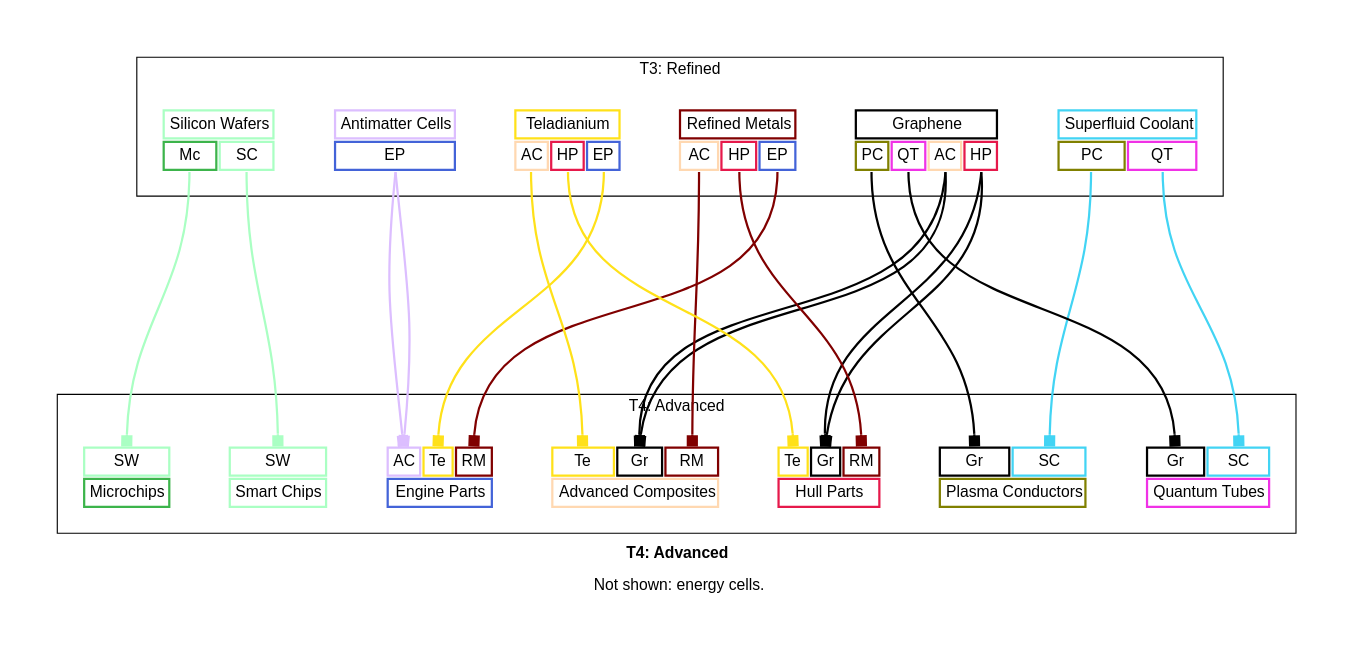
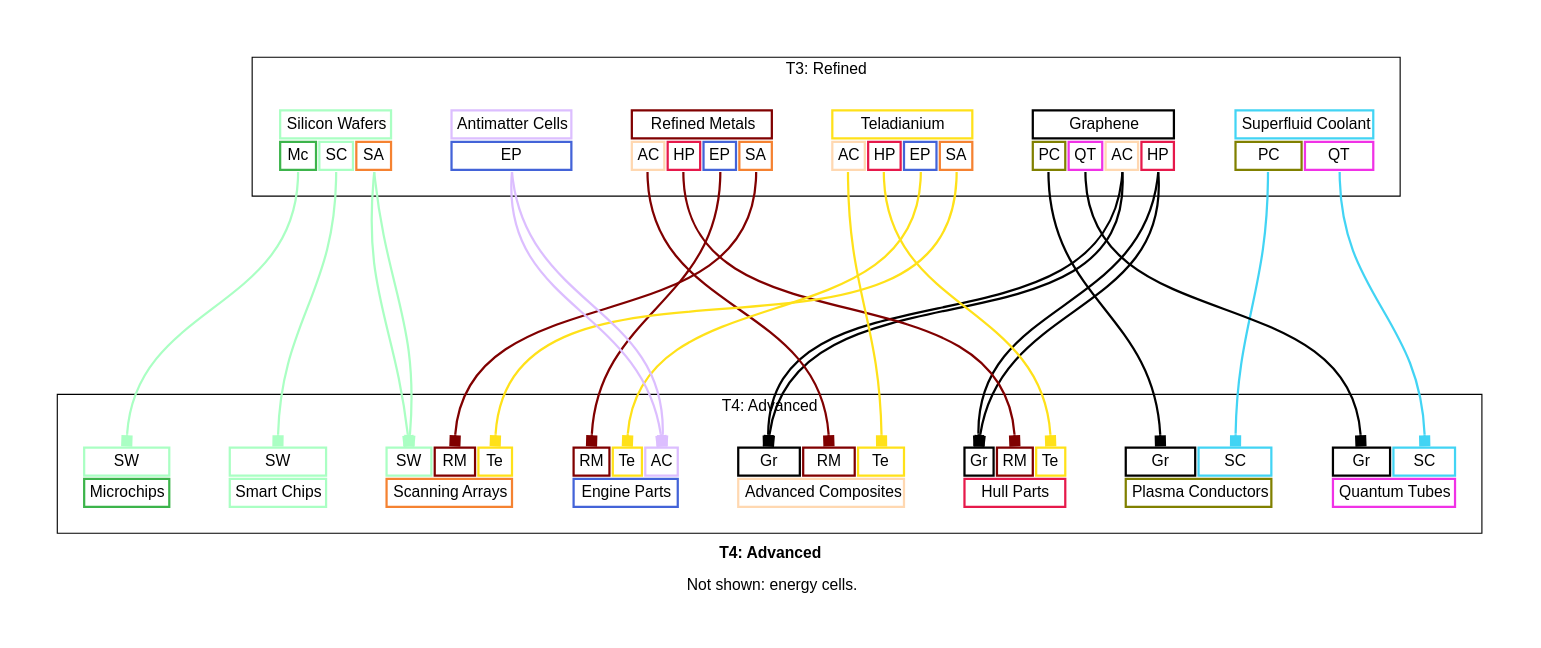
Before and after one commit to borntyping/x4-diagrams: the diagram in docs/t4_advanced_graph_simplified.dot, drawn with Graphviz. The commit also changed 46 other files, not shown here.

Commit message:
Drop Scanning Arrays one tier

```diff
--- a/docs/t4_advanced_graph_simplified.dot
+++ b/docs/t4_advanced_graph_simplified.dot
@@ -44,7 +44,7 @@
 		refined_metals [label=<<table border="0" cellborder="2" cellpadding="4" cellspacing="1" fixedsize="false" id="refined_metals" port="output">
   
   <tr>
-    <td align="text" bgcolor="white" color="#800000" colspan="3">Refined Metals</td>
+    <td align="text" bgcolor="white" color="#800000" colspan="4">Refined Metals</td>
   </tr>
   
     <tr>
@@ -55,13 +55,15 @@
       
         <td align="text" bgcolor="white" color="#4363d8" port="engine_parts">EP</td>
       
+        <td align="text" bgcolor="white" color="#f58231" port="scanning_arrays">SA</td>
+      
     </tr>
   
 </table>>]
 		teladianium [label=<<table border="0" cellborder="2" cellpadding="4" cellspacing="1" fixedsize="false" id="teladianium" port="output">
   
   <tr>
-    <td align="text" bgcolor="white" color="#ffe119" colspan="3">Teladianium</td>
+    <td align="text" bgcolor="white" color="#ffe119" colspan="4">Teladianium</td>
   </tr>
   
     <tr>
@@ -71,6 +73,8 @@
         <td align="text" bgcolor="white" color="#e6194B" port="hull_parts">HP</td>
       
         <td align="text" bgcolor="white" color="#4363d8" port="engine_parts">EP</td>
+      
+        <td align="text" bgcolor="white" color="#f58231" port="scanning_arrays">SA</td>
       
     </tr>
   
@@ -91,7 +95,7 @@
 		silicon_wafers [label=<<table border="0" cellborder="2" cellpadding="4" cellspacing="1" fixedsize="false" id="silicon_wafers" port="output">
   
   <tr>
-    <td align="text" bgcolor="white" color="#aaffc3" colspan="2">Silicon Wafers</td>
+    <td align="text" bgcolor="white" color="#aaffc3" colspan="3">Silicon Wafers</td>
   </tr>
   
     <tr>
@@ -99,6 +103,8 @@
         <td align="text" bgcolor="white" color="#3cb44b" port="microchips">Mc</td>
       
         <td align="text" bgcolor="white" color="#aaffc3" port="smart_chips">SC</td>
+      
+        <td align="text" bgcolor="white" color="#f58231" port="scanning_arrays">SA</td>
       
     </tr>
   
@@ -140,11 +146,11 @@
   
     <tr>
       
-        <td align="text" bgcolor="white" color="#ffe119" port="teladianium">Te</td>
-      
         <td align="text" bgcolor="white" color="#000000" port="graphene">Gr</td>
       
         <td align="text" bgcolor="white" color="#800000" port="refined_metals">RM</td>
+      
+        <td align="text" bgcolor="white" color="#ffe119" port="teladianium">Te</td>
       
     </tr>
   
@@ -157,11 +163,11 @@
   
     <tr>
       
-        <td align="text" bgcolor="white" color="#ffe119" port="teladianium">Te</td>
-      
         <td align="text" bgcolor="white" color="#000000" port="graphene">Gr</td>
       
         <td align="text" bgcolor="white" color="#800000" port="refined_metals">RM</td>
+      
+        <td align="text" bgcolor="white" color="#ffe119" port="teladianium">Te</td>
       
     </tr>
   
@@ -174,11 +180,11 @@
   
     <tr>
       
-        <td align="text" bgcolor="white" color="#dcbeff" port="antimatter_cells">AC</td>
+        <td align="text" bgcolor="white" color="#800000" port="refined_metals">RM</td>
       
         <td align="text" bgcolor="white" color="#ffe119" port="teladianium">Te</td>
       
-        <td align="text" bgcolor="white" color="#800000" port="refined_metals">RM</td>
+        <td align="text" bgcolor="white" color="#dcbeff" port="antimatter_cells">AC</td>
       
     </tr>
   
@@ -213,6 +219,23 @@
   </tr>
   
 </table>>]
+		scanning_arrays [label=<<table border="0" cellborder="2" cellpadding="4" cellspacing="1" fixedsize="false" id="scanning_arrays" port="output">
+  
+    <tr>
+      
+        <td align="text" bgcolor="white" color="#aaffc3" port="silicon_wafers">SW</td>
+      
+        <td align="text" bgcolor="white" color="#800000" port="refined_metals">RM</td>
+      
+        <td align="text" bgcolor="white" color="#ffe119" port="teladianium">Te</td>
+      
+    </tr>
+  
+  <tr>
+    <td align="text" bgcolor="white" color="#f58231" colspan="3">Scanning Arrays</td>
+  </tr>
+  
+</table>>]
 	}
 	graphene:plasma_conductors:s -> plasma_conductors:graphene:n [arrowhead=box color="#000000" weight=1.0]
 	superfluid_coolant:plasma_conductors:s -> plasma_conductors:superfluid_coolant:n [arrowhead=box color="#42d4f4" weight=1.0]
@@ -232,4 +255,8 @@
 	teladianium:engine_parts:s -> engine_parts:teladianium:n [arrowhead=box color="#ffe119" weight=1.0]
 	silicon_wafers:microchips:s -> microchips:silicon_wafers:n [arrowhead=box color="#aaffc3" weight=1.0]
 	silicon_wafers:smart_chips:s -> smart_chips:silicon_wafers:n [arrowhead=box color="#aaffc3" weight=1.0]
+	refined_metals:scanning_arrays:s -> scanning_arrays:refined_metals:n [arrowhead=box color="#800000" weight=1.0]
+	silicon_wafers:scanning_arrays:s -> scanning_arrays:silicon_wafers:n [arrowhead=box color="#aaffc3" weight=1.0]
+	silicon_wafers:scanning_arrays:s -> scanning_arrays:silicon_wafers:n [arrowhead=box color="#aaffc3" weight=1.0]
+	teladianium:scanning_arrays:s -> scanning_arrays:teladianium:n [arrowhead=box color="#ffe119" weight=1.0]
 }
```
